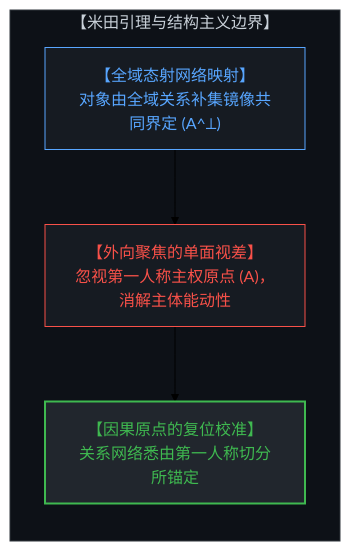
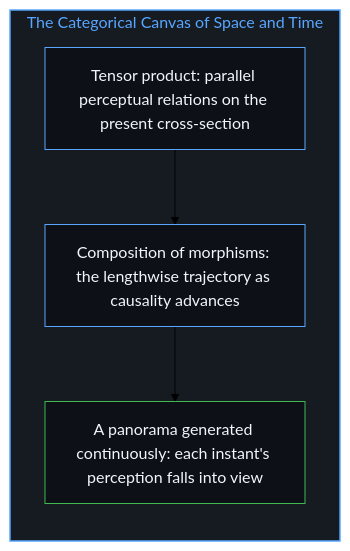
One commit to powerpig99/not-a-toe changed the second of 18 diagrams in content/posts/the-geometry-of-coexistence-and-the-dual-cut.md. Above: the diagram before and after it, drawn with Mermaid (forest theme). The commit also changed other lines of this file and 2 other files, not shown here.

Commit message:
Refine the-geometry-of-coexistence-and-the-dual-cut: alternating bilingual layout, nine paired diagrams, institutions given their use, the observed and the inferred other, implicit first person

````diff
--- a/content/posts/the-geometry-of-coexistence-and-the-dual-cut.md
+++ b/content/posts/the-geometry-of-coexistence-and-the-dual-cut.md
@@ -49,15 +36,16 @@
 ```mermaid
-graph TD
-    subgraph YonedaBoundary["【米田引理与结构主义边界】"]
+flowchart TD
+    subgraph S_Canvas["The Categorical Canvas of Space and Time"]
         direction TB
-        RelationalNetwork["【全域态射网络映射】<br>对象由全域关系补集镜像共同界定 (A^⟂)"]
-        StructuralistBias["【外向聚焦的单面视差】<br>忽视第一人称主权原点 (A)，消解主体能动性"]
-        SovereignAnchor["【因果原点的复位校准】<br>关系网络悉由第一人称切分所锚定"]
-        RelationalNetwork --> StructuralistBias
-        StructuralistBias --> SovereignAnchor
+        Tensor["Tensor product: parallel perceptual relations on the present cross-section"]
+        Comp["Composition of morphisms: the lengthwise trajectory as causality advances"]
+        Field["A panorama generated continuously: each instant's perception falls into view"]
+        Tensor --> Comp
+        Comp --> Field
     end
-    style YonedaBoundary fill:#0d1117,stroke:#30363d,stroke-width:1px,color:#c9d1d9
-    style RelationalNetwork fill:#161b22,stroke:#58a6ff,stroke-width:1px,color:#58a6ff
-    style StructuralistBias fill:#161b22,stroke:#f85149,stroke-width:1px,color:#f85149
-    style SovereignAnchor fill:#21262d,stroke:#3fb950,stroke-width:2px,color:#3fb950
+
+    style S_Canvas fill:#161b22,stroke:#58a6ff,stroke-width:1.5px,color:#58a6ff
+    style Tensor fill:#0d1117,stroke:#58a6ff,stroke-width:1px,color:#f0f6fc
+    style Comp fill:#0d1117,stroke:#58a6ff,stroke-width:1px,color:#f0f6fc
+    style Field fill:#0d1117,stroke:#3fb950,stroke-width:1px,color:#f0f6fc
 ```
````
